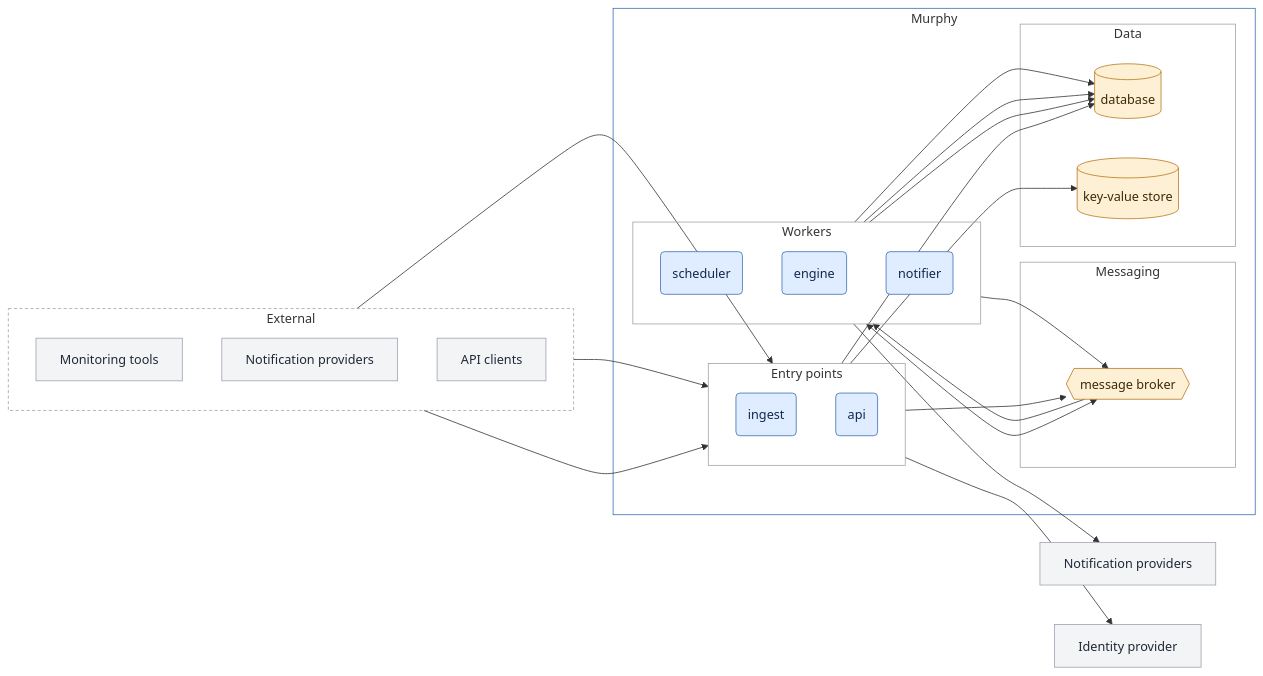
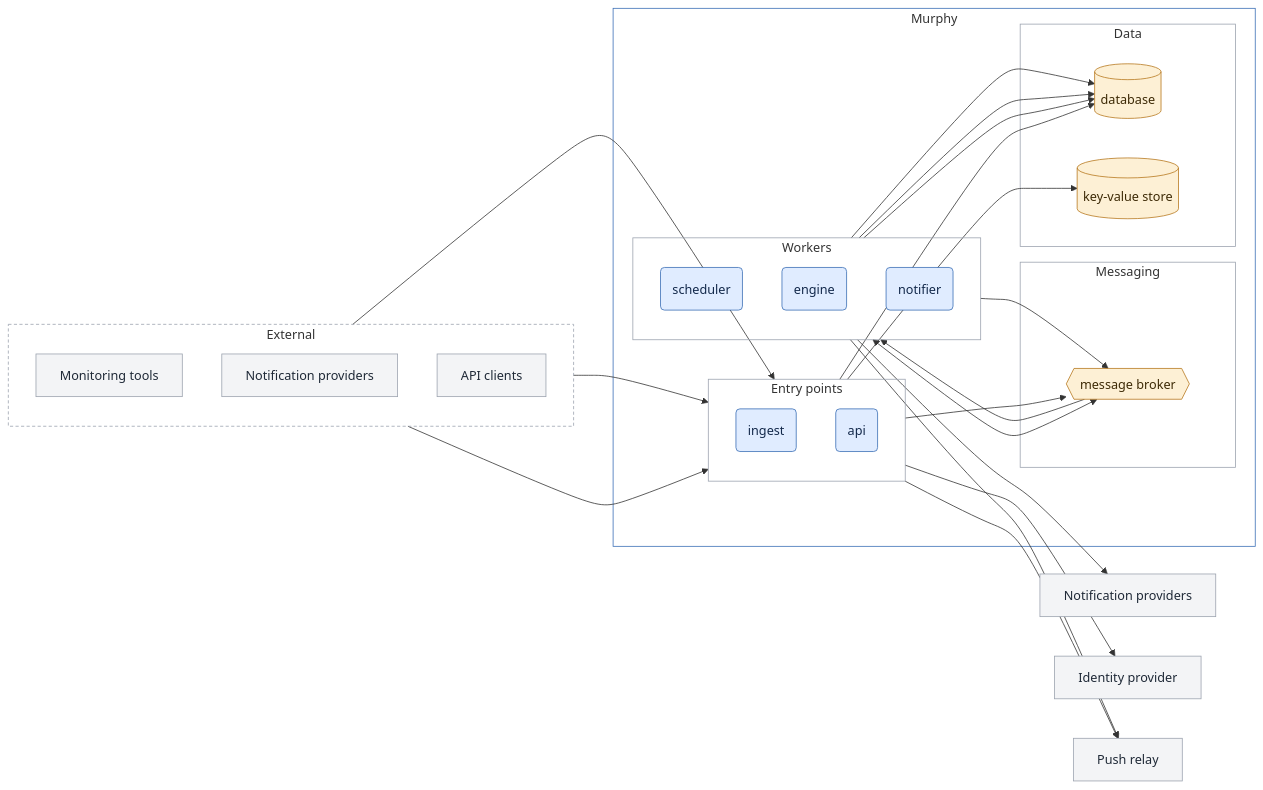
The first of 6 diagrams in docs/architecture.md (murphyhq/server), drawn with Mermaid before and after one commit. The commit also changed other lines of this file and 35 other files, not shown here.

Commit message:
feat(notifications): page people on their phones through the push relay

````diff
--- a/docs/architecture.md
+++ b/docs/architecture.md
@@ -7,67 +7,70 @@
 ```mermaid
 flowchart LR
   subgraph external [External]
     direction TB
     mon[Monitoring tools]
     providers_in[Notification providers]
     clients[API clients]
   end
 
   subgraph murphy [Murphy]
     subgraph entry [Entry points]
       direction TB
       ingest(ingest)
       api(api)
     end
 
     subgraph workers [Workers]
       direction TB
       scheduler(scheduler)
       engine(engine)
       notifier(notifier)
     end
 
     subgraph messaging [Messaging]
       broker{{message broker}}
     end
 
     subgraph data [Data]
       db[(database)]
       kv[(key-value store)]
     end
   end
 
   providers_out[Notification providers]
   idp[Identity provider]
+  relay[Push relay]
 
   mon --> ingest
   providers_in --> ingest
   clients --> api
   api --> idp
+  api --> relay
   notifier --> providers_out
+  notifier --> relay
 
   ingest --> broker
   scheduler --> broker
   broker --> engine
   broker <--> notifier
 
   api --> db
   api --> kv
   engine --> db
   scheduler --> db
   notifier --> db
 
   classDef outside fill:#f3f4f6,stroke:#9ca3af,color:#1f2937
   classDef component fill:#e0ecff,stroke:#3b6fb6,color:#13294b
   classDef infra fill:#fdf0d5,stroke:#b7791f,color:#3d2a06
-  class mon,providers_in,clients,providers_out,idp outside
+  class mon,providers_in,clients,providers_out,idp,relay outside
   class ingest,api,scheduler,engine,notifier component
   class broker,db,kv infra
 
   style external fill:none,stroke:#9ca3af,stroke-dasharray:4 3
   style murphy fill:none,stroke:#3b6fb6
   style entry fill:none,stroke:#9ca3af
   style workers fill:none,stroke:#9ca3af
   style messaging fill:none,stroke:#9ca3af
   style data fill:none,stroke:#9ca3af
 ```
````
